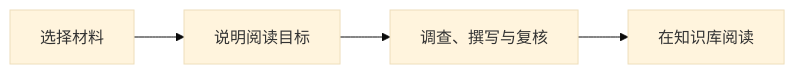
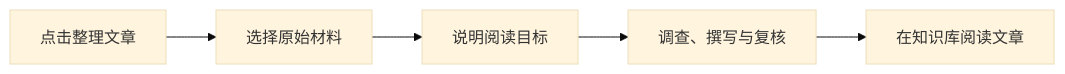
One commit to lejunyang/omem changed the diagram in .repo-review/knowledge/articles/6e759d62e9d979106e38f747df2b358de8e7de1b87bc619a0cf7673070409bef.md. Above: the diagram before and after it, drawn with Mermaid (base theme). The commit also changed other lines of this file and 11 other files, not shown here.

Commit message:
docs: refresh reader guides with current maintenance and retrieval flow

````diff
--- a/.repo-review/knowledge/articles/6e759d62e9d979106e38f747df2b358de8e7de1b87bc619a0cf7673070409bef.md
+++ b/.repo-review/knowledge/articles/6e759d62e9d979106e38f747df2b358de8e7de1b87bc619a0cf7673070409bef.md
@@ -29,6 +14,7 @@
 ```mermaid
 flowchart LR
-  A[选择材料] --> B[说明阅读目标]
-  B --> C[调查、撰写与复核]
-  C --> D[在知识库阅读]
+  A[点击整理文章] --> B[选择原始材料]
+  B --> C[说明阅读目标]
+  C --> D[调查、撰写与复核]
+  D --> E[在知识库阅读文章]
 ```
````
